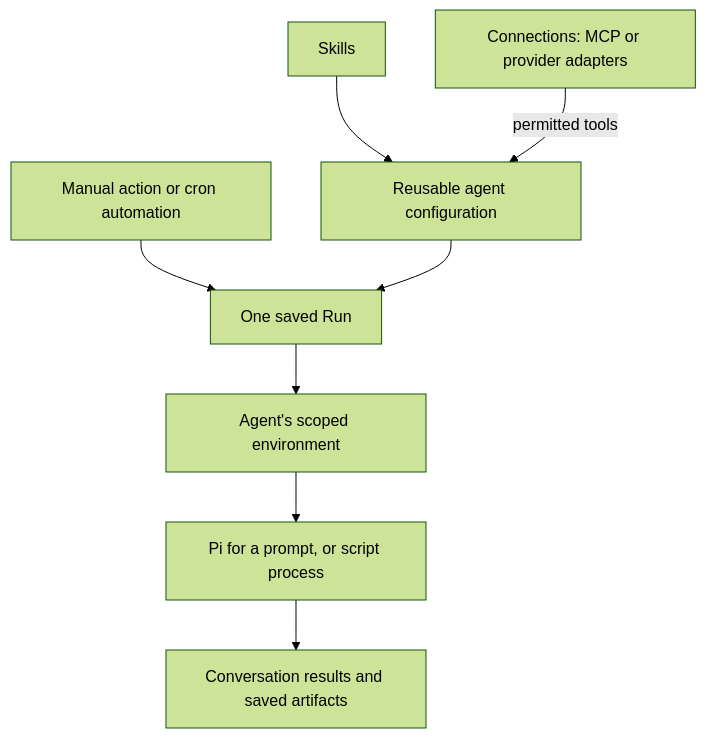
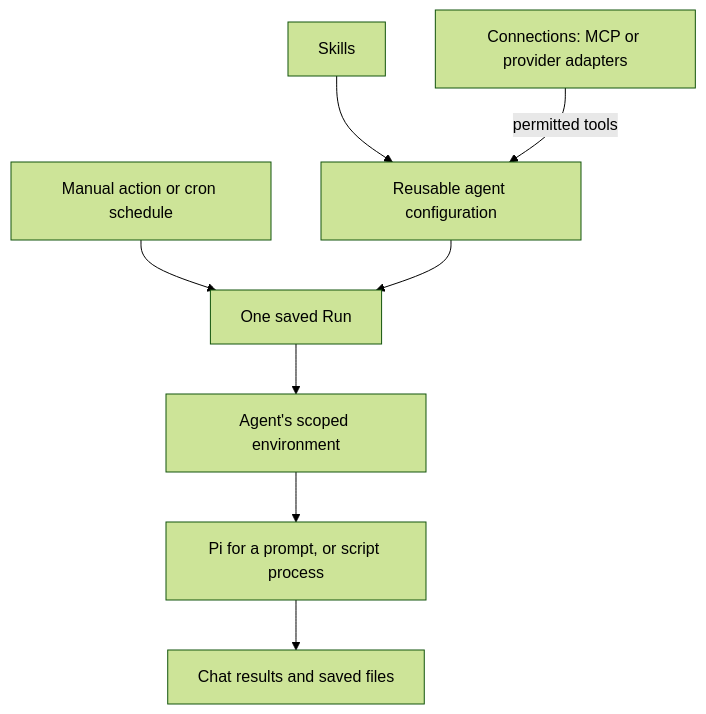
Before and after one commit to hellogafaro/otto: the third of 10 diagrams in docs/otto/plan.md, drawn with Mermaid (forest theme). The commit also changed other lines of this file and 174 other files, not shown here.

````diff
--- a/docs/otto/plan.md
+++ b/docs/otto/plan.md
@@ -99,10 +101,10 @@
 ```mermaid
 flowchart TB
   S[Skills] --> A[Reusable agent configuration]
   C[Connections: MCP or provider adapters] -->|permitted tools| A
-  X[Manual action or cron automation] --> R[One saved Run]
+  X[Manual action or cron schedule] --> R[One saved Run]
   A --> R
   R --> E[Agent's scoped environment]
   E --> H[Pi for a prompt, or script process]
-  H --> O[Conversation results and saved artifacts]
+  H --> O[Chat results and saved files]
 ```
````
